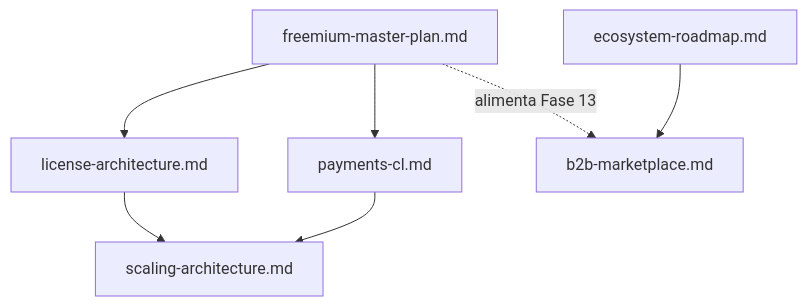
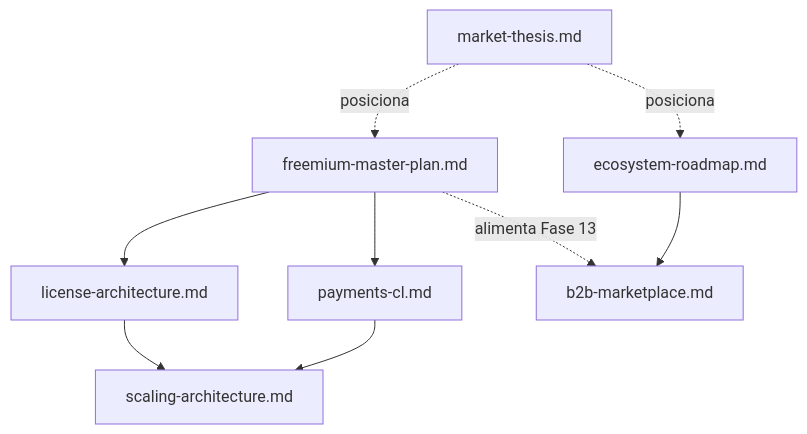
One commit to pabloalvarez99/pharma-server changed the diagram in docs/strategy/README.md. Above: the diagram before and after it, drawn with Mermaid. The commit also changed other lines of this file and 7 other files, not shown here.

First line of the commit message:
chore(installer): restore WixFirewallExtension + pilot cert + market thesis

````diff
--- a/docs/strategy/README.md
+++ b/docs/strategy/README.md
@@ -34,9 +35,11 @@
 ```mermaid
 flowchart TD
   FMP[freemium-master-plan.md] --> LA[license-architecture.md]
   FMP --> PAY[payments-cl.md]
   LA --> SCA[scaling-architecture.md]
   PAY --> SCA
   ER[ecosystem-roadmap.md] --> B2B[b2b-marketplace.md]
   FMP -.alimenta Fase 13.-> B2B
+  MT[market-thesis.md] -.posiciona.-> FMP
+  MT -.posiciona.-> ER
 ```
````
